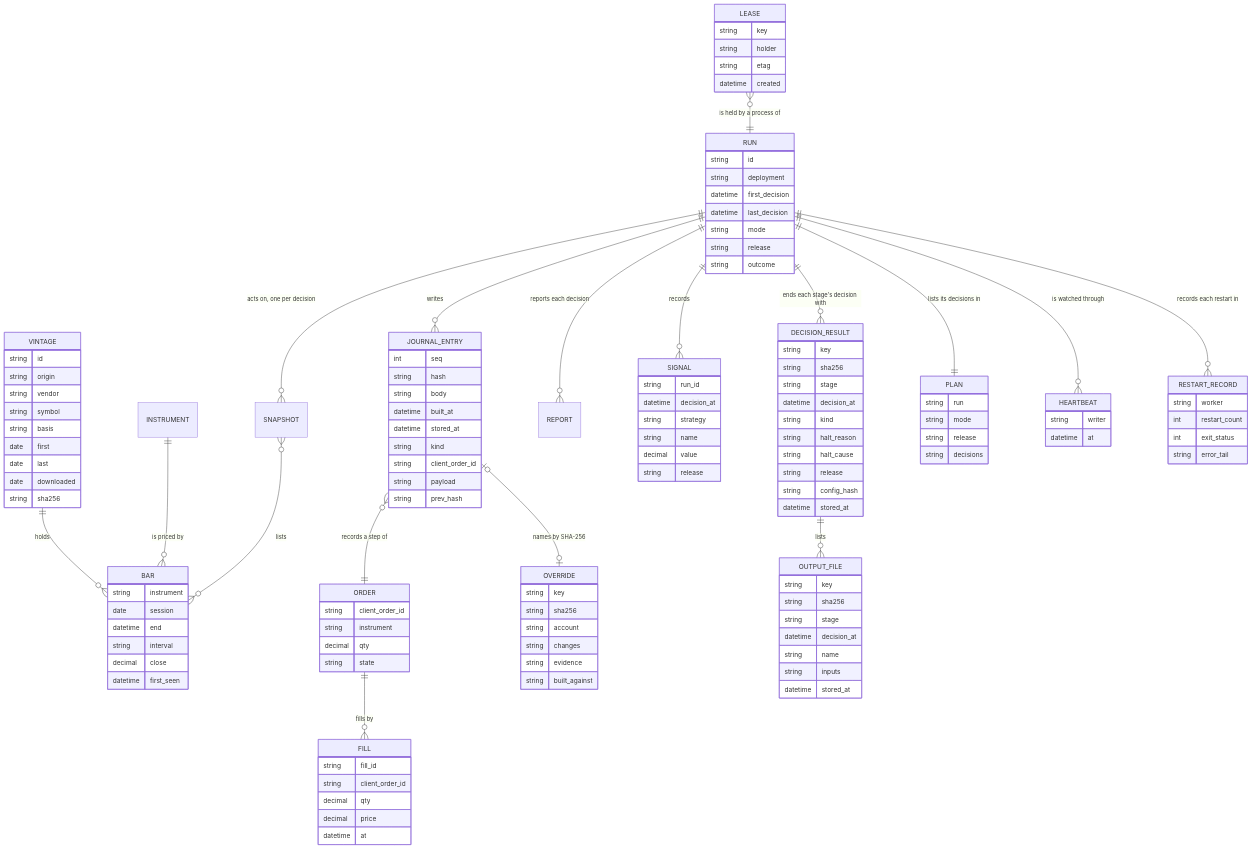
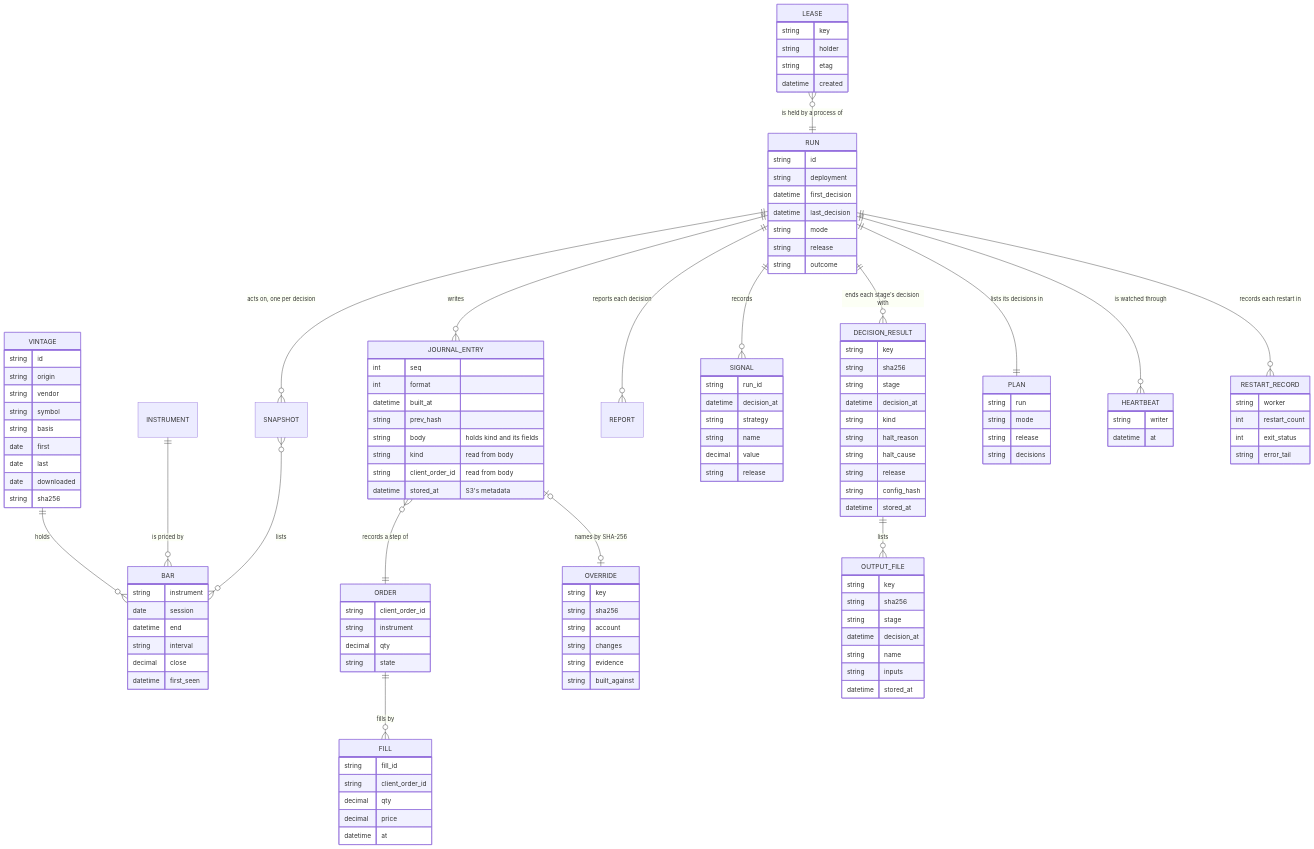
Diagram 14 of 16 in docs/architecture.md (l3a0/ithildin-runtime), drawn with Mermaid before and after one commit. The commit also changed other lines of this file and 1 other file, not shown here.

First line of the commit message:
docs(architecture): keep received values exact and put one codec in core

```diff
--- a/docs/architecture.md
+++ b/docs/architecture.md
@@ -1650,16 +1651,15 @@
         string inputs
         datetime stored_at
     }
-    JOURNAL_ENTRY {
+        JOURNAL_ENTRY {
         int seq
-        string hash
-        string body
+        int format
         datetime built_at
-        datetime stored_at
-        string kind
-        string client_order_id
-        string payload
         string prev_hash
+        string body "holds kind and its fields"
+        string kind "read from body"
+        string client_order_id "read from body"
+        datetime stored_at "S3's metadata"
     }
     ORDER {
         string client_order_id
```
